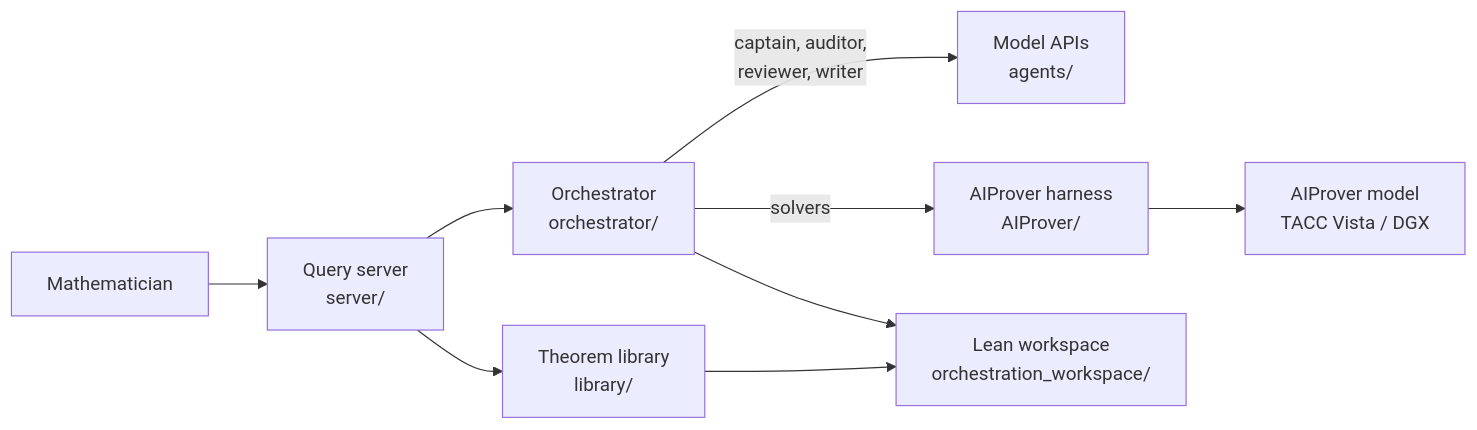
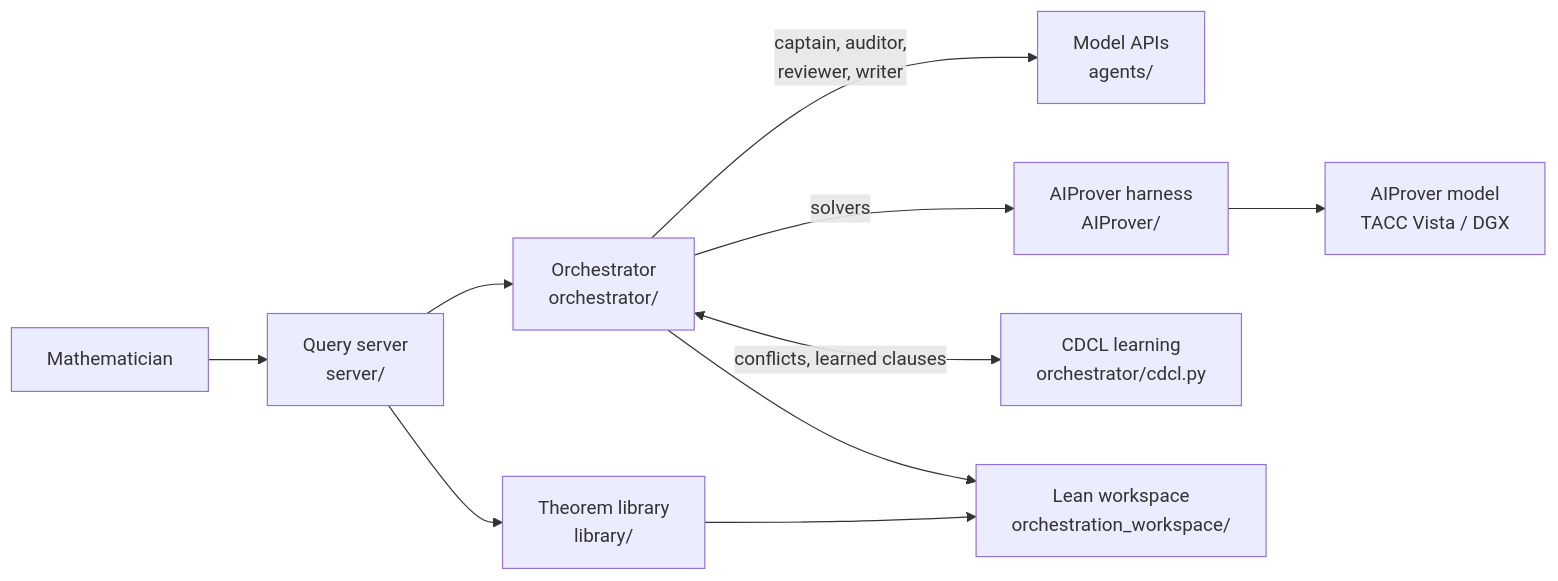
One commit to Logan-Cole-Luna/aiprover-orchestration changed the diagram in README.md. Above: the diagram before and after it, drawn with Mermaid. The commit also changed other lines of this file and 20 other files, not shown here.

Commit message:
CDCL-style learning, captain Lean tools and the Lean sandbox

````diff
--- a/README.md
+++ b/README.md
@@ -10,11 +13,12 @@
 ```mermaid
 flowchart LR
     M[Mathematician] --> S[Query server<br/>server/]
     S --> O[Orchestrator<br/>orchestrator/]
     S --> L[Theorem library<br/>library/]
     O -->|captain, auditor,<br/>reviewer, writer| C[Model APIs<br/>agents/]
     O -->|solvers| A[AIProver harness<br/>AIProver/]
+    O <-->|conflicts, learned clauses| K[CDCL learning<br/>orchestrator/cdcl.py]
     A --> V[AIProver model<br/>TACC Vista / DGX]
     O --> W[Lean workspace<br/>orchestration_workspace/]
     L --> W
 ```
````
